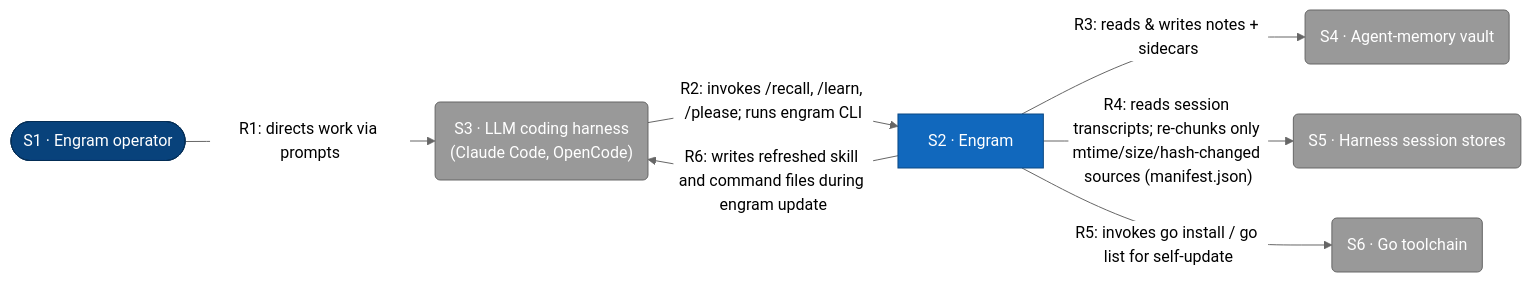
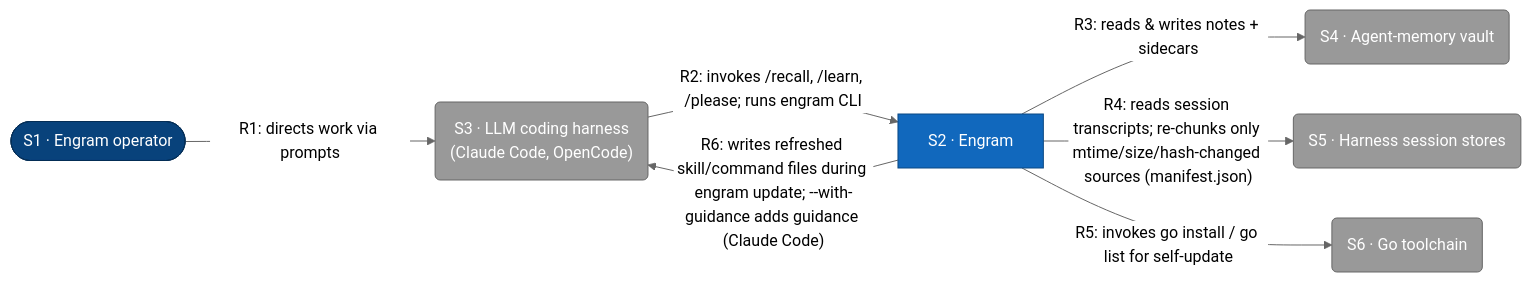
Before and after one commit to toejough/engram: the first of 7 diagrams in docs/architecture/c1-system-context.md, drawn with Mermaid (neutral theme). The commit also changed other lines of this file and 11 other files, not shown here.

````diff
--- a/docs/architecture/c1-system-context.md
+++ b/docs/architecture/c1-system-context.md
@@ -9,31 +9,31 @@
 ```mermaid
 flowchart LR
     classDef person      fill:#08427b,stroke:#052e56,color:#fff
     classDef external    fill:#999,   stroke:#666,   color:#fff
     classDef container   fill:#1168bd,stroke:#0b4884,color:#fff
 
     user([S1 · Engram operator])
     engram[S2 · Engram]
     harness("S3 · LLM coding harness<br/>(Claude Code, OpenCode)")
     vault(S4 · Agent-memory vault)
     sessions(S5 · Harness session stores)
     gotool(S6 · Go toolchain)
 
     user -->|"R1: directs work via prompts"| harness
     harness -->|"R2: invokes /recall, /learn, /please; runs engram CLI"| engram
     engram -->|"R3: reads & writes notes + sidecars"| vault
     engram -->|"R4: reads session transcripts; re-chunks only mtime/size/hash-changed sources (manifest.json)"| sessions
     engram -->|"R5: invokes go install / go list for self-update"| gotool
-    engram -->|"R6: writes refreshed skill and command files during engram update"| harness
+    engram -->|"R6: writes refreshed skill/command files during engram update; --with-guidance adds guidance (Claude Code)"| harness
 
     class user person
     class harness,vault,sessions,gotool external
     class engram container
 
     click user href "#s1-engram-operator"
     click engram href "#s2-engram"
     click harness href "#s3-llm-coding-harness"
     click vault href "#s4-agent-memory-vault"
     click sessions href "#s5-harness-session-stores"
     click gotool href "#s6-go-toolchain"
 ```
````
